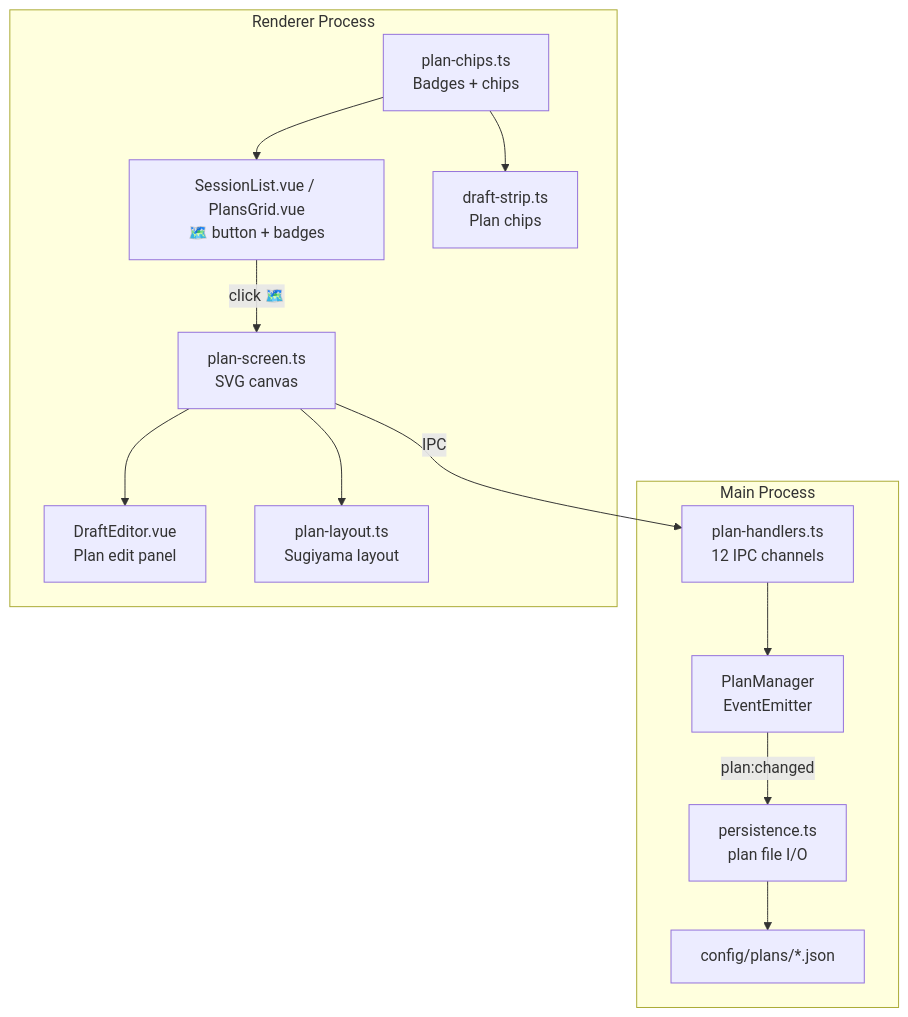
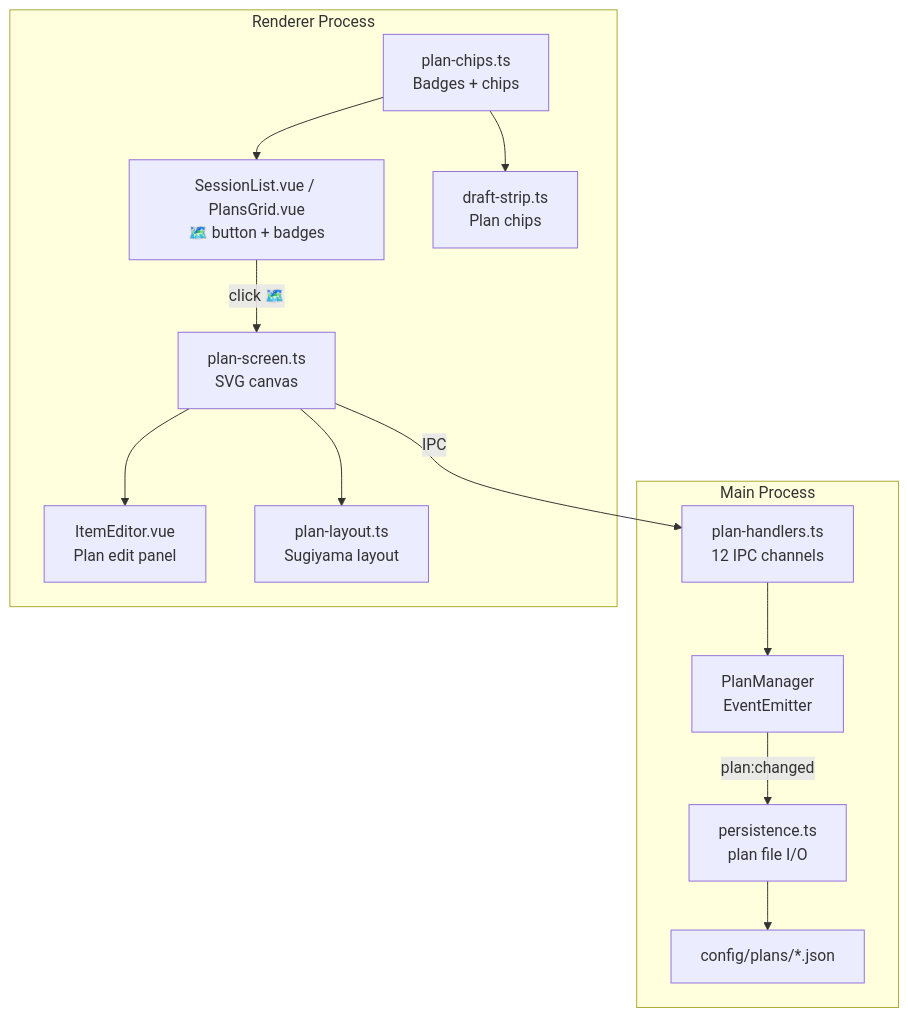
One commit to PetePeter/helm changed the second of 4 diagrams in docs/directory-plans.md. Above: the diagram before and after it, drawn with Mermaid. The commit also changed other lines of this file and 208 other files, not shown here.

````diff
--- a/docs/directory-plans.md
+++ b/docs/directory-plans.md
@@ -40,28 +40,28 @@
 ```mermaid
 graph TB
     subgraph "Main Process"
         PM[PlanManager<br/>EventEmitter]
         PH[plan-handlers.ts<br/>12 IPC channels]
         SP[persistence.ts<br/>plan file I/O]
         PY[config/plans/*.json]
     end
 
     subgraph "Renderer Process"
         PS[plan-screen.ts<br/>SVG canvas]
-        PE[DraftEditor.vue<br/>Plan edit panel]
+        PE[ItemEditor.vue<br/>Plan edit panel]
         PL[plan-layout.ts<br/>Sugiyama layout]
         PC[plan-chips.ts<br/>Badges + chips]
         SR[SessionList.vue / PlansGrid.vue<br/>🗺️ button + badges]
         DS[draft-strip.ts<br/>Plan chips]
     end
 
     SR -->|"click 🗺️"| PS
     PS -->|"IPC"| PH
     PH --> PM
     PM -->|"plan:changed"| SP
     SP --> PY
     PS --> PL
     PS --> PE
     PC --> DS
     PC --> SR
 ```
````
